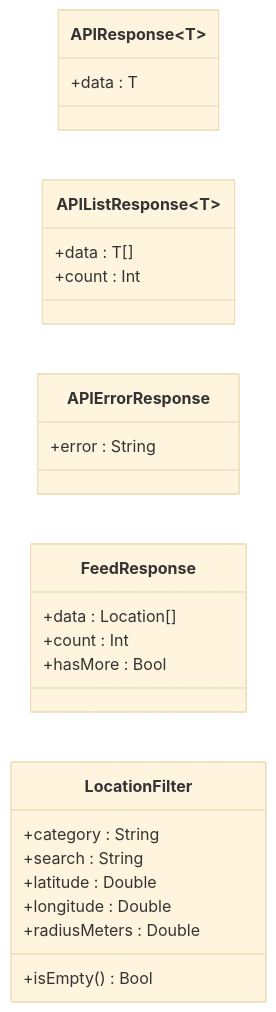
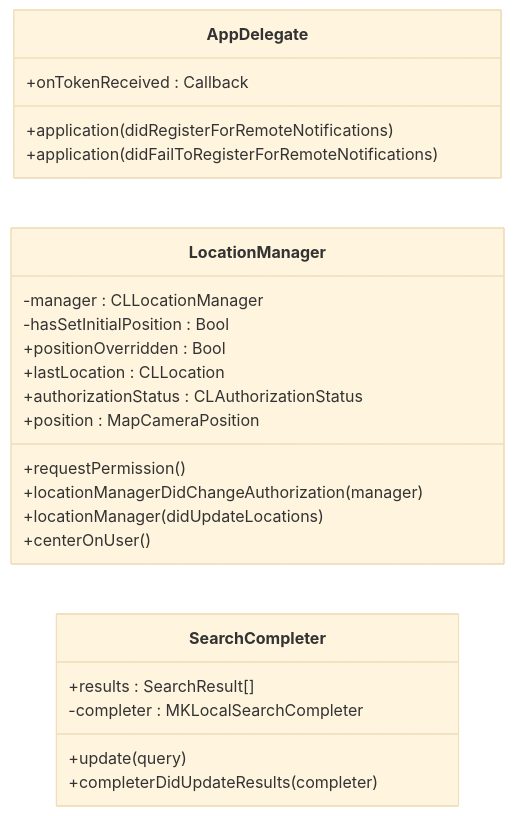
The third of 3 diagrams in docs/software/klassendiagramm.md (Bebin29/sidequest), drawn with Mermaid (base theme) before and after one commit. The commit also changed other lines of this file and 14 other files, not shown here.

Commit message:
refactor: Remove dead code, add UML diagrams (class, use-case, sequence)

````diff
--- a/docs/software/klassendiagramm.md
+++ b/docs/software/klassendiagramm.md
@@ -498,32 +195,30 @@
 ```mermaid
 classDiagram
     direction LR
 
-    class APIResponse~T~ {
-        +data : T
+    class AppDelegate {
+        +onTokenReceived : Callback
+        +application(didRegisterForRemoteNotifications)
+        +application(didFailToRegisterForRemoteNotifications)
     }
 
-    class APIListResponse~T~ {
-        +data : T[]
-        +count : Int
+    class LocationManager {
+        -manager : CLLocationManager
+        -hasSetInitialPosition : Bool
+        +positionOverridden : Bool
+        +lastLocation : CLLocation
+        +authorizationStatus : CLAuthorizationStatus
+        +position : MapCameraPosition
+        +requestPermission()
+        +locationManagerDidChangeAuthorization(manager)
+        +locationManager(didUpdateLocations)
+        +centerOnUser()
     }
 
-    class APIErrorResponse {
-        +error : String
-    }
-
-    class FeedResponse {
-        +data : Location[]
-        +count : Int
-        +hasMore : Bool
-    }
-
-    class LocationFilter {
-        +category : String
-        +search : String
-        +latitude : Double
-        +longitude : Double
-        +radiusMeters : Double
-        +isEmpty() Bool
+    class SearchCompleter {
+        +results : SearchResult[]
+        -completer : MKLocalSearchCompleter
+        +update(query)
+        +completerDidUpdateResults(completer)
     }
 ```
````
